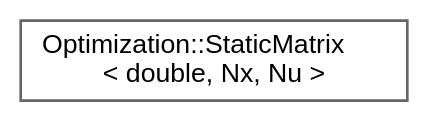
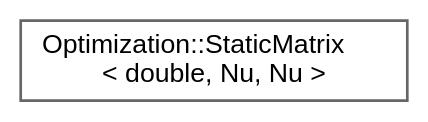
The diagram in inherit_graph_73.dot (jswoo0615/Algorithms_for_Optimization_cpp), drawn with Graphviz before and after one commit. The commit also changed 108 other files, not shown here.

```diff
--- a/inherit_graph_73.dot
+++ b/inherit_graph_73.dot
@@ -1,9 +1,9 @@
 digraph "Graphical Class Hierarchy"
 {
  // LATEX_PDF_SIZE
   bgcolor="transparent";
   edge [fontname=Helvetica,fontsize=10,labelfontname=Helvetica,labelfontsize=10];
   node [fontname=Helvetica,fontsize=10,shape=box,height=0.2,width=0.4];
   rankdir="LR";
-  Node0 [id="Node000000",label="Optimization::StaticMatrix\l\< double, Nx, Nu \>",height=0.2,width=0.4,color="grey40", fillcolor="white", style="filled",URL="$classOptimization_1_1StaticMatrix.html",tooltip=" "];
+  Node0 [id="Node000000",label="Optimization::StaticMatrix\l\< double, Nu, Nu \>",height=0.2,width=0.4,color="grey40", fillcolor="white", style="filled",URL="$classOptimization_1_1StaticMatrix.html",tooltip=" "];
 }
```
